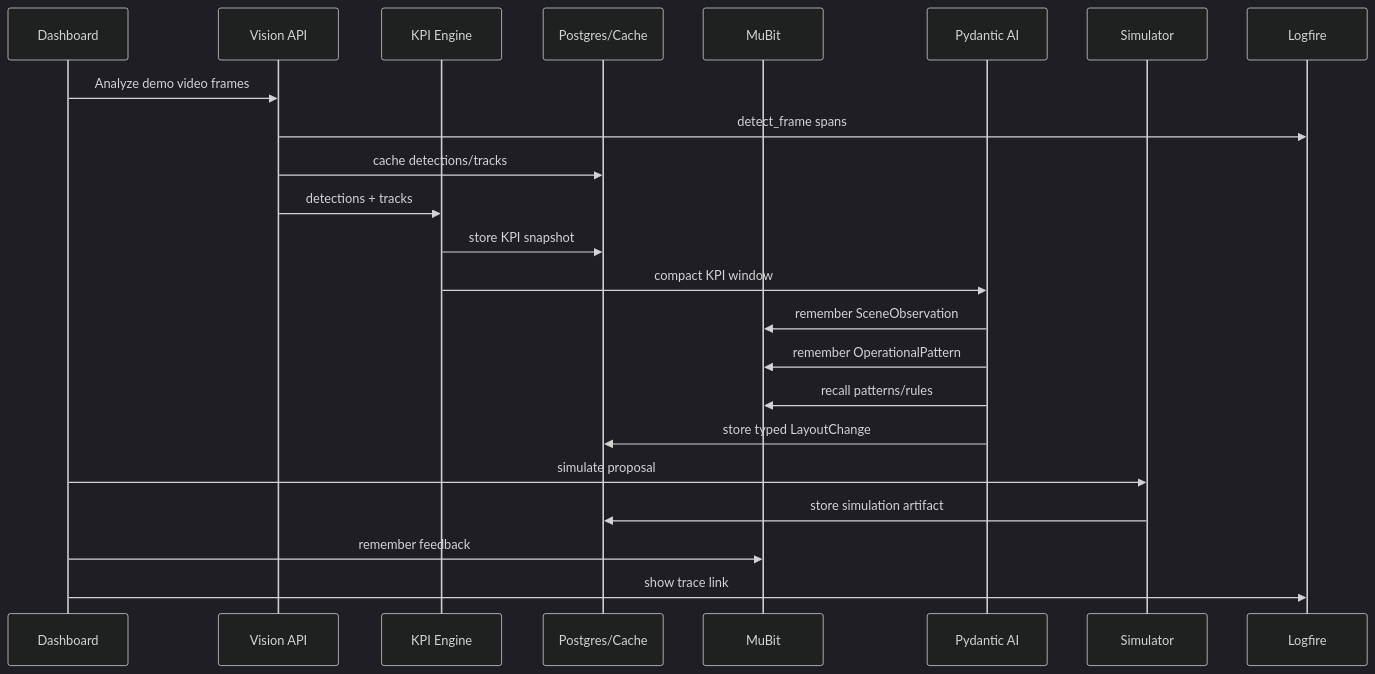
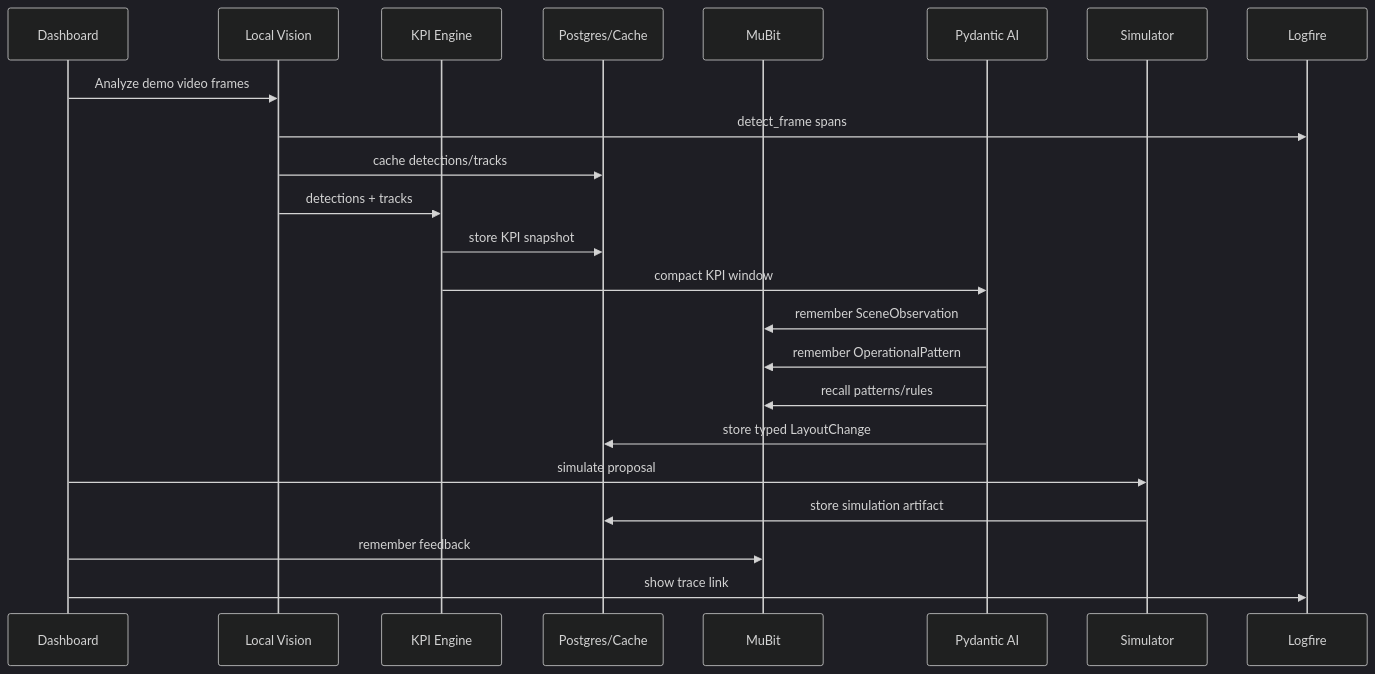
The second of 5 diagrams in agent_plan.md (alexzh3/londonhack), drawn with Mermaid (dark theme) before and after one commit. The commit also changed other lines of this file and 2 other files, not shown here.

````diff
--- a/agent_plan.md
+++ b/agent_plan.md
@@ -64,26 +64,26 @@
 ```mermaid
 sequenceDiagram
     participant UI as Dashboard
-    participant Vision as Vision API
+    participant Vision as Local Vision
     participant KPI as KPI Engine
     participant DB as Postgres/Cache
     participant MuBit as MuBit
     participant AI as Pydantic AI
     participant Sim as Simulator
     participant LF as Logfire
 
     UI->>Vision: Analyze demo video frames
     Vision->>LF: detect_frame spans
     Vision->>DB: cache detections/tracks
     Vision->>KPI: detections + tracks
     KPI->>DB: store KPI snapshot
     KPI->>AI: compact KPI window
     AI->>MuBit: remember SceneObservation
     AI->>MuBit: remember OperationalPattern
     AI->>MuBit: recall patterns/rules
     AI->>DB: store typed LayoutChange
     UI->>Sim: simulate proposal
     Sim->>DB: store simulation artifact
     UI->>MuBit: remember feedback
     UI->>LF: show trace link
 ```
````
